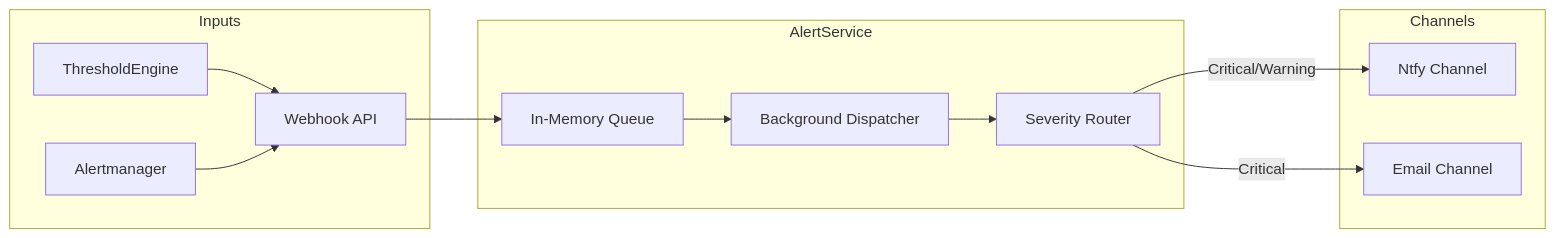
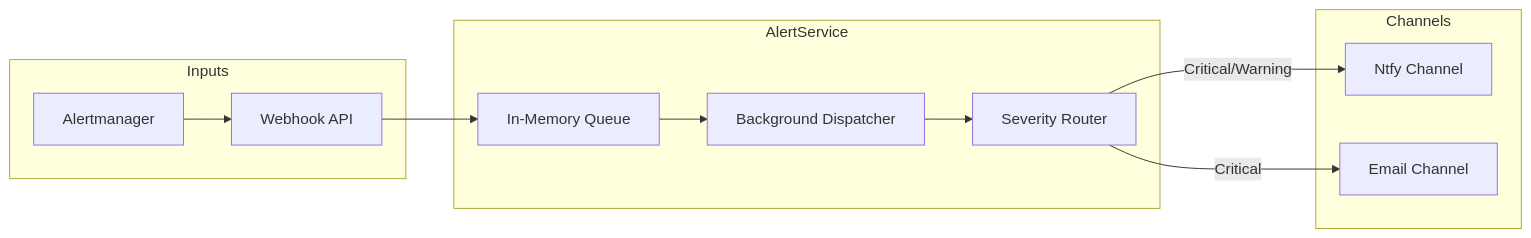
Before and after one commit to jpansarasa/ATLAS-Docs: the diagram in AlertService/README.md, drawn with Mermaid. The commit also changed other lines of this file and 24 other files, not shown here.

````diff
--- a/AlertService/README.md
+++ b/AlertService/README.md
@@ -11,26 +11,25 @@
 ```mermaid
 flowchart LR
     subgraph Inputs
-        TE[ThresholdEngine]
         AM[Alertmanager]
         API[Webhook API]
     end
 
     subgraph Core [AlertService]
         Queue[In-Memory Queue]
         Dispatcher[Background Dispatcher]
         Router[Severity Router]
     end
 
     subgraph Channels
         Ntfy[Ntfy Channel]
         Email[Email Channel]
     end
 
-    TE & AM --> API
+    AM --> API
     API --> Queue
     Queue --> Dispatcher
     Dispatcher --> Router
     Router -- Critical/Warning --> Ntfy
     Router -- Critical --> Email
 ```
````
